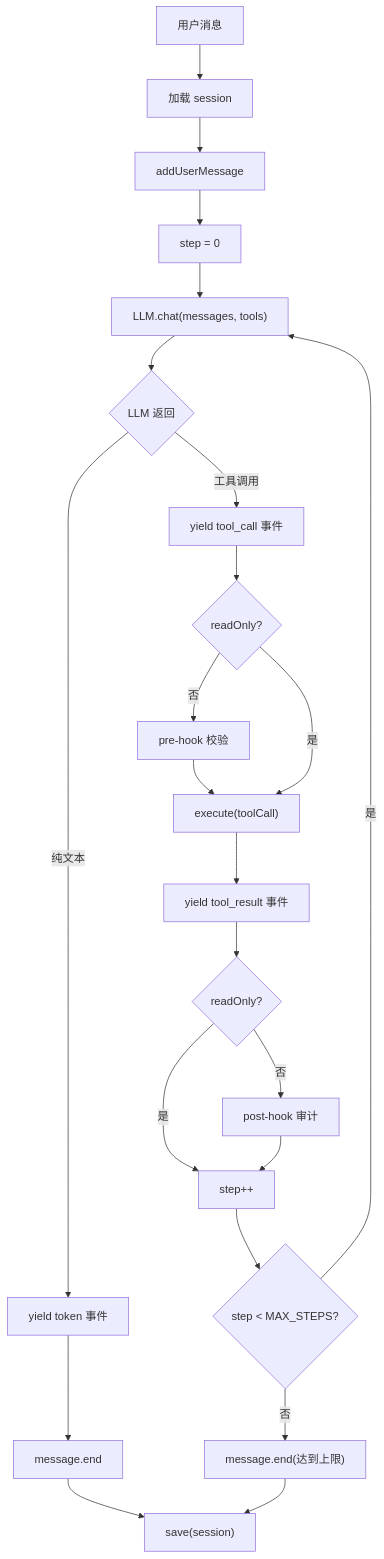
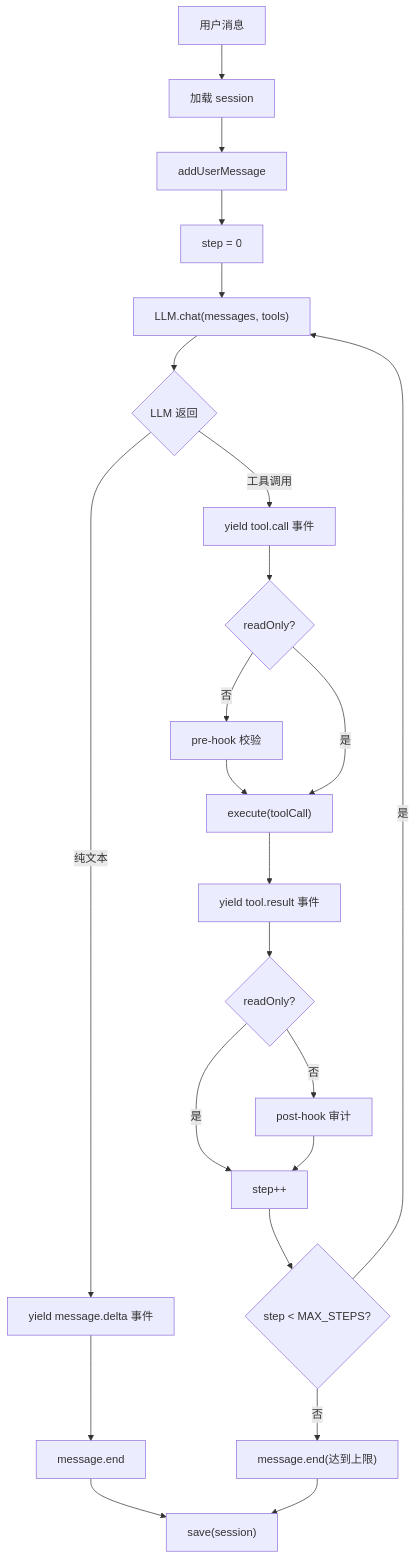
The first of 3 diagrams in docs/architecture/agent/agent-loop.md (golddream-y/obsidian-ratel), drawn with Mermaid before and after one commit. The commit also changed other lines of this file and 3 other files, not shown here.

First line of the commit message:
docs(architecture): 对齐事件名/字段名 + 更新执行边界表

````diff
--- a/docs/architecture/agent/agent-loop.md
+++ b/docs/architecture/agent/agent-loop.md
@@ -48,29 +48,29 @@
 ```mermaid
 flowchart TB
     START["用户消息"] --> LOAD["加载 session"]
     LOAD --> ADD["addUserMessage"]
     ADD --> STEP["step = 0"]
 
     STEP --> LLM["LLM.chat(messages, tools)"]
     LLM --> CHECK{"LLM 返回"}
 
-    CHECK -->|"纯文本"| YIELD["yield token 事件"]
+    CHECK -->|"纯文本"| YIELD["yield message.delta 事件"]
     YIELD --> END["message.end"]
 
-    CHECK -->|"工具调用"| TC["yield tool_call 事件"]
+    CHECK -->|"工具调用"| TC["yield tool.call 事件"]
     TC --> HOOK{"readOnly?"}
     HOOK -->|"否"| PRE["pre-hook 校验"]
     PRE --> EXEC["execute(toolCall)"]
     HOOK -->|"是"| EXEC
-    EXEC --> RESULT["yield tool_result 事件"]
+    EXEC --> RESULT["yield tool.result 事件"]
     RESULT --> HOOK2{"readOnly?"}
     HOOK2 -->|"否"| POST["post-hook 审计"]
     HOOK2 -->|"是"| NEXT["step++"]
     POST --> NEXT
     NEXT --> CHECK2{"step < MAX_STEPS?"}
     CHECK2 -->|"是"| LLM
     CHECK2 -->|"否"| END2["message.end(达到上限)"]
 
     END --> SAVE["save(session)"]
     END2 --> SAVE
 ```
````
